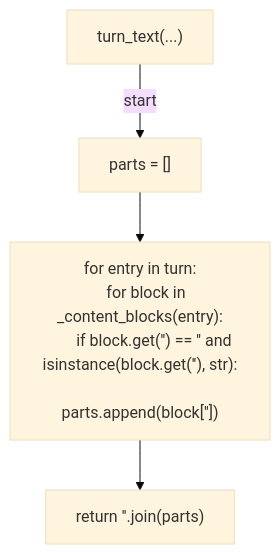
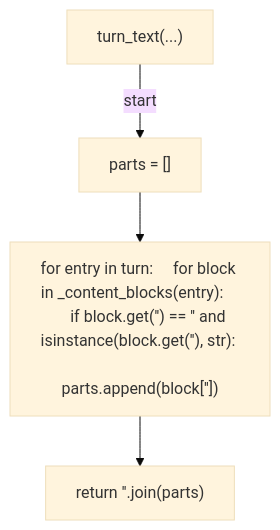
One commit to tvna/claude-md changed the fourth of 9 diagrams in docs/generated/scripts/ast/stop_new_session_handoff_prompt.md. Above: the diagram before and after it, drawn with Mermaid (base theme). The commit also changed other lines of this file and 23 other files, not shown here.

First line of the commit message:
docs(generated): regenerate decision tree and workflow diagrams (batch 4/5)

````diff
--- a/docs/generated/scripts/ast/stop_new_session_handoff_prompt.md
+++ b/docs/generated/scripts/ast/stop_new_session_handoff_prompt.md
@@ -73,13 +71,10 @@
 ```mermaid
 flowchart TD
     N001["turn_text(...)"]
     N002["parts = []"]
-    N003["for entry in turn:
-    for block in _content_blocks(entry):
-        if block.get('<str>') == '<str>' and isinstance(block.get('<str>'), str):
-            parts.append(block['<str>'])"]
+    N003["for entry in turn:     for block in _content_blocks(entry):         if block.get('<str>') == '<str>' and isinstance(block.get('<str>'), str):             parts.append(block['<str>'])"]
     N004["return '<str>'.join(parts)"]
     N001 -->|"start"| N002
     N002 --> N003
     N003 --> N004
 ```
````
